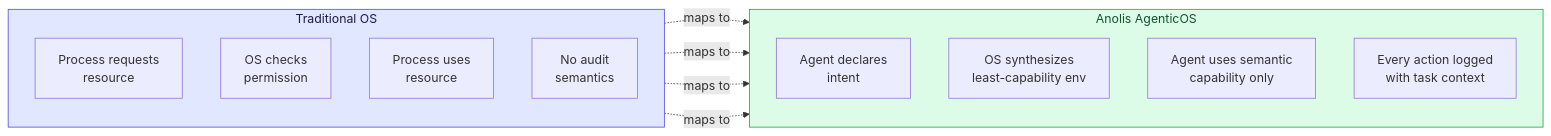
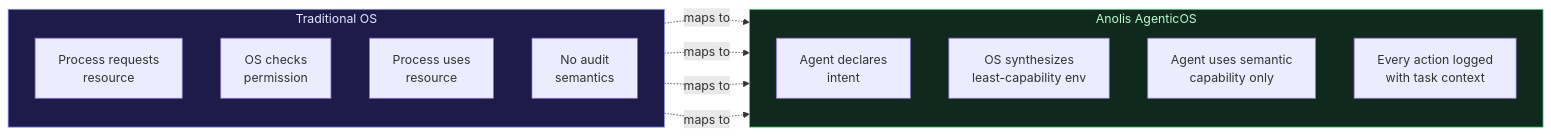
Before and after one commit to arifbazli/malay-tech-journal: the fourth of 4 diagrams in src/content/posts/en/age-04-agent-os-goose.md, drawn with Mermaid. The commit also changed other lines of this file and 16 other files, not shown here.

First line of the commit message:
fix(mermaid): fix light-theme colors and rendering bugs across all diagrams

````diff
--- a/src/content/posts/en/age-04-agent-os-goose.md
+++ b/src/content/posts/en/age-04-agent-os-goose.md
@@ -177,25 +178,25 @@
 ```mermaid
 flowchart LR
   subgraph trad [Traditional OS]
     direction TB
     T1[Process requests<br/>resource]
     T2[OS checks<br/>permission]
     T3[Process uses<br/>resource]
     T4[No audit<br/>semantics]
   end
   subgraph anolis [Anolis AgenticOS]
     direction TB
     A1[Agent declares<br/>intent]
     A2[OS synthesizes<br/>least-capability env]
     A3[Agent uses semantic<br/>capability only]
     A4[Every action logged<br/>with task context]
   end
   T1 -.->|maps to| A1
   T2 -.->|maps to| A2
   T3 -.->|maps to| A3
   T4 -.->|maps to| A4
-  classDef trad fill:#e0e7ff,stroke:#4f46e5,color:#1e1b4b
-  classDef anolis fill:#dcfce7,stroke:#16a34a,color:#14532d
+  classDef trad fill:#1e1b4b,stroke:#818cf8,color:#e0e7ff
+  classDef anolis fill:#0f2a1c,stroke:#4ade80,color:#bbf7d0
   class trad trad
   class anolis anolis
 ```
````
